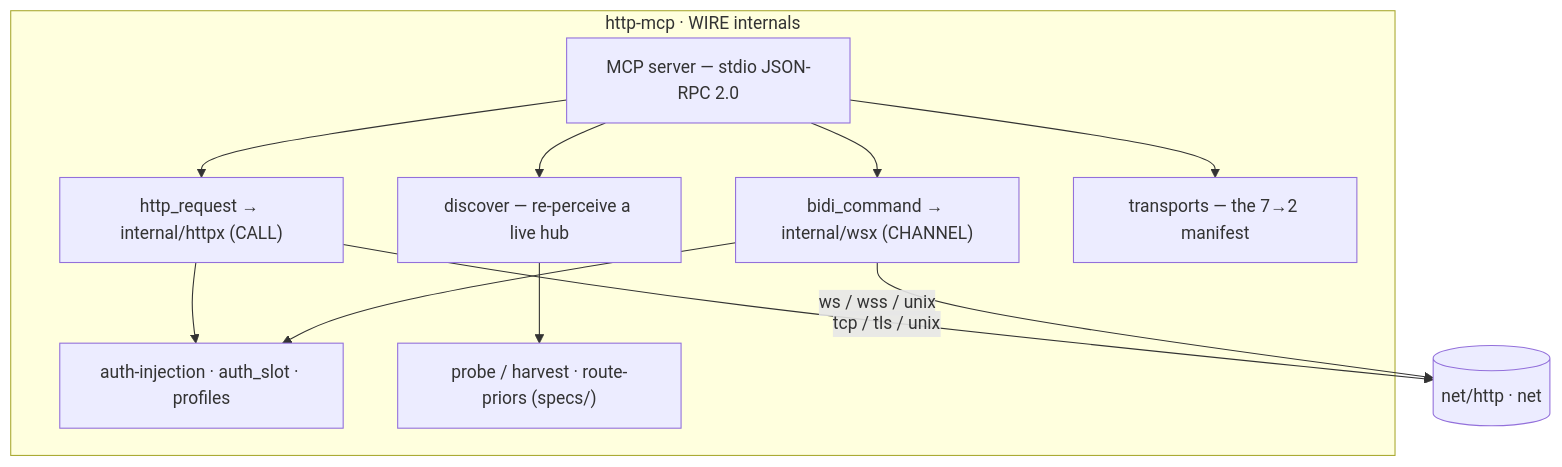
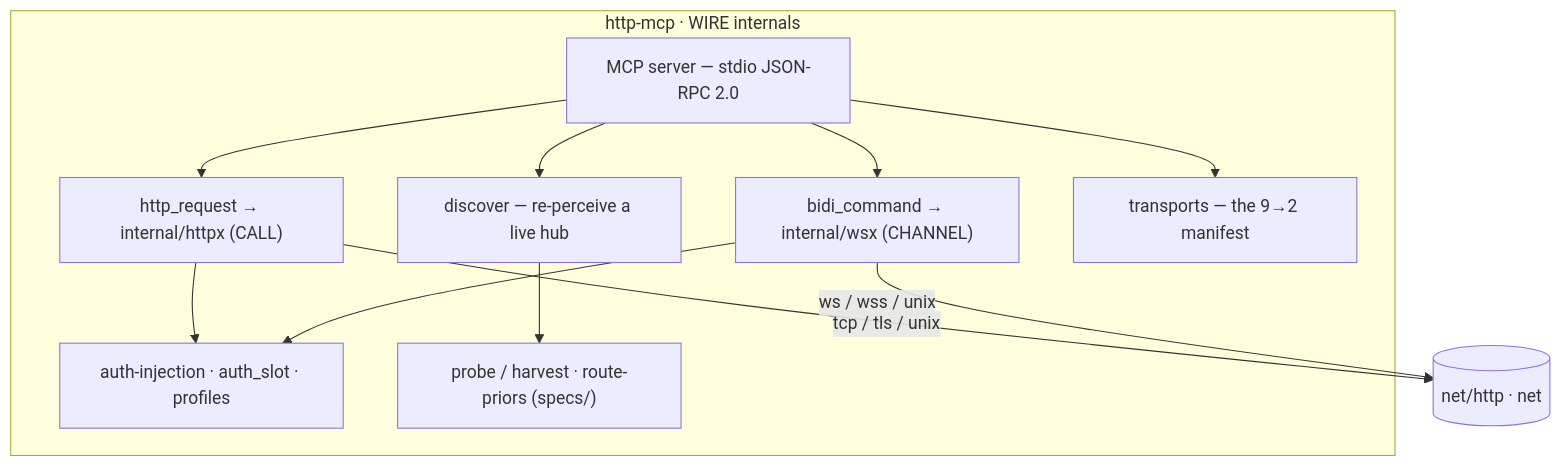
One commit to rrrishi123/8 changed the fourth of 4 diagrams in README.md. Above: the diagram before and after it, drawn with Mermaid. The commit also changed other lines of this file, not shown here.

First line of the commit message:
README: transport map reflects all 9 transports (add MJPEG + gitbroker, fix 7->9 count)

````diff
--- a/README.md
+++ b/README.md
@@ -190,21 +194,21 @@
 ```mermaid
 flowchart TB
   subgraph WIRE["http-mcp · WIRE internals"]
     MCP["MCP server — stdio JSON-RPC 2.0"]
     HX["http_request → internal/httpx (CALL)"]
     WX["bidi_command → internal/wsx (CHANNEL)"]
     DISC["discover — re-perceive a live hub"]
-    TR["transports — the 7→2 manifest"]
+    TR["transports — the 9→2 manifest"]
     AUTH["auth-injection · auth_slot · profiles"]
     PROBE["probe / harvest · route-priors (specs/)"]
   end
   MCP --> HX
   MCP --> WX
   MCP --> DISC
   MCP --> TR
   HX --> AUTH
   WX --> AUTH
   HX -->|"tcp / tls / unix"| NET[("net/http · net")]
   WX -->|"ws / wss / unix"| NET
   DISC --> PROBE
 ```
````
